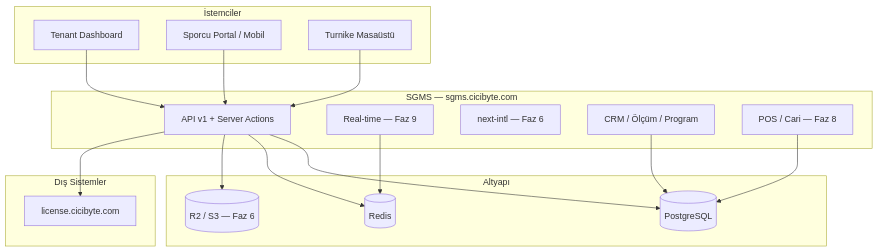
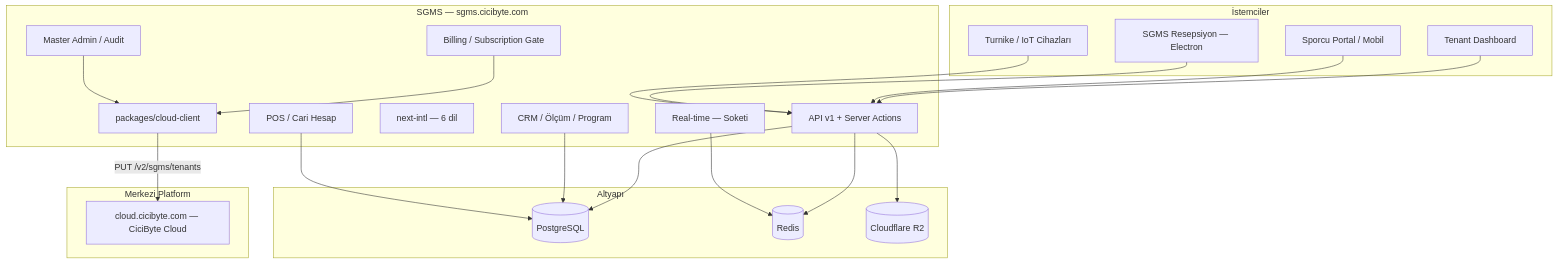
Before and after one commit to RealMrNovember/SGMS: the diagram in roadmap.md, drawn with Mermaid. The commit also changed other lines of this file and 50 other files, not shown here.

First line of the commit message:
feat: migrate central licensing from license.cicibyte.com to CiciByte Cloud

````diff
--- a/roadmap.md
+++ b/roadmap.md
@@ -492,37 +482,44 @@
 ```mermaid
 flowchart TB
   subgraph clients [İstemciler]
     Web[Tenant Dashboard]
     Athlete[Sporcu Portal / Mobil]
-    Turnike[Turnike Masaüstü]
+    Reception[SGMS Resepsiyon — Electron]
+    Turnike[Turnike / IoT Cihazları]
   end
 
   subgraph sgms [SGMS — sgms.cicibyte.com]
     API[API v1 + Server Actions]
-    RT[Real-time — Faz 9]
-    i18n[next-intl — Faz 6]
+    RT[Real-time — Soketi]
+    i18n[next-intl — 6 dil]
     CRM[CRM / Ölçüm / Program]
-    POS[POS / Cari — Faz 8]
+    POS[POS / Cari Hesap]
+    Billing[Billing / Subscription Gate]
+    Admin[Master Admin / Audit]
+    CloudClient[packages/cloud-client]
   end
 
   subgraph infra [Altyapı]
     PG[(PostgreSQL)]
     Redis[(Redis)]
-    R2[(R2 / S3 — Faz 6)]
+    R2[(Cloudflare R2)]
   end
 
-  subgraph external [Dış Sistemler]
-    License[license.cicibyte.com]
+  subgraph external [Merkezi Platform]
+    Cloud[cloud.cicibyte.com — CiciByte Cloud]
   end
 
   Web --> API
   Athlete --> API
+  Reception --> API
   Turnike --> API
   API --> PG
   API --> Redis
   RT --> Redis
   API --> R2
-  API --> License
+  Billing --> CloudClient
+  Admin --> CloudClient
+  CloudClient -- "PUT /v2/sgms/tenants" --> Cloud
   CRM --> PG
   POS --> PG
 ```
````
